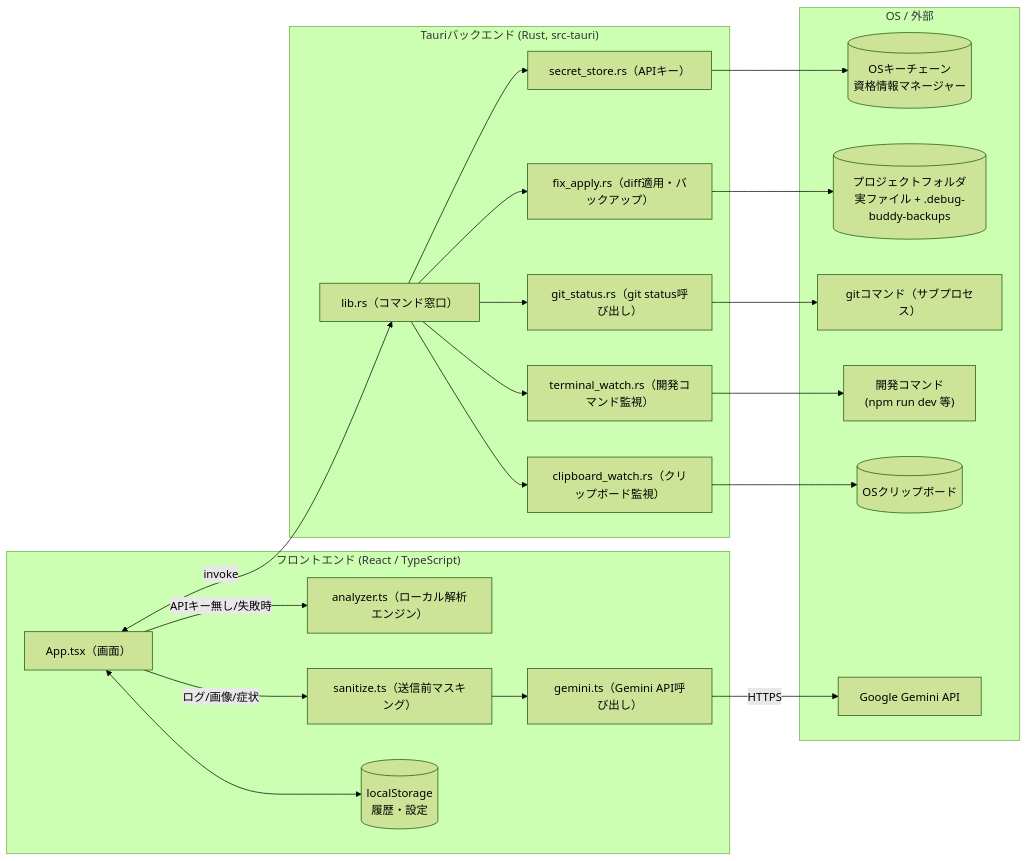
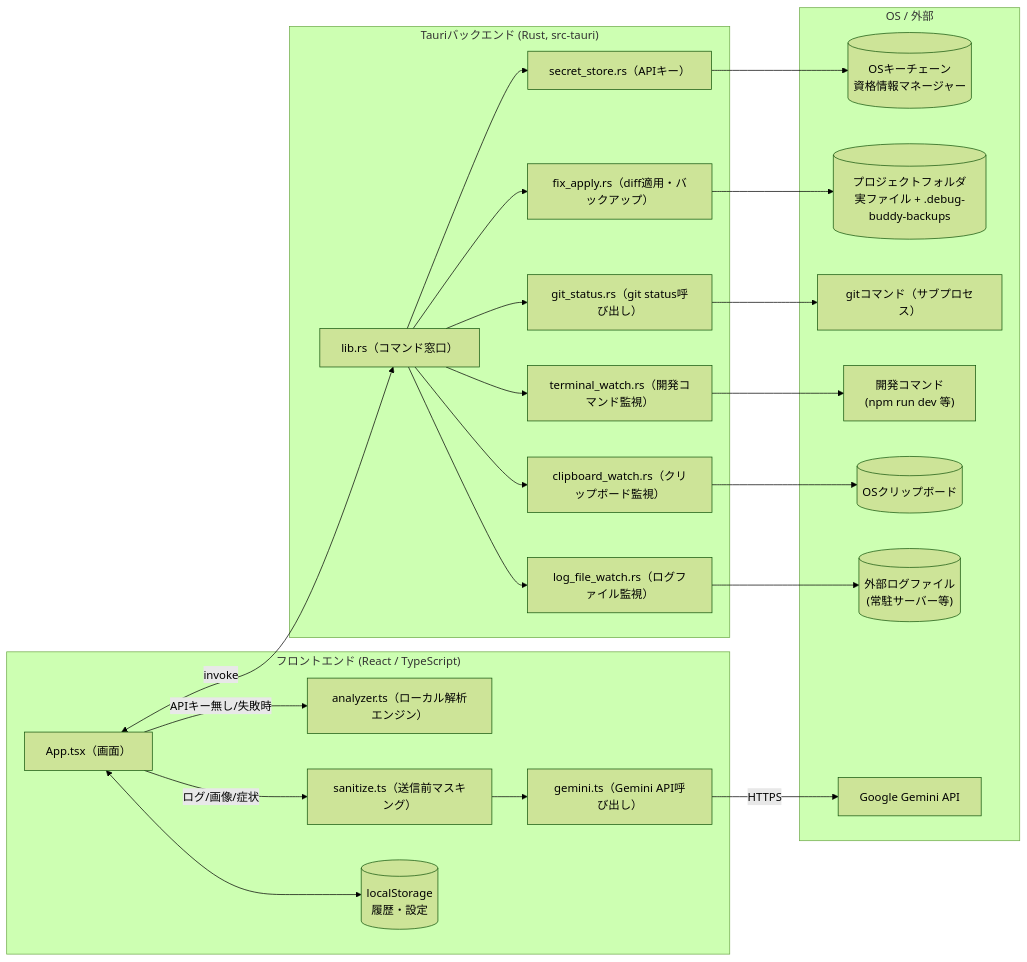
The first of 9 diagrams in 05_data_flow.md (Yamamoto-Sena/error_analyzer), drawn with Mermaid (forest theme) before and after one commit. The commit also changed other lines of this file and 1 other file, not shown here.

````diff
--- a/05_data_flow.md
+++ b/05_data_flow.md
@@ -11,38 +11,41 @@
 ```mermaid
 flowchart LR
     subgraph FE["フロントエンド (React / TypeScript)"]
         UI["App.tsx（画面）"]
         AN["analyzer.ts（ローカル解析エンジン）"]
         GM["gemini.ts（Gemini API呼び出し）"]
         SN["sanitize.ts（送信前マスキング）"]
         LS[("localStorage\n履歴・設定")]
     end
 
     subgraph BE["Tauriバックエンド (Rust, src-tauri)"]
         LIB["lib.rs（コマンド窓口）"]
         FA["fix_apply.rs（diff適用・バックアップ）"]
         GS["git_status.rs（git status呼び出し）"]
         TW["terminal_watch.rs（開発コマンド監視）"]
         CW["clipboard_watch.rs（クリップボード監視）"]
+        LW["log_file_watch.rs（ログファイル監視）"]
         SS["secret_store.rs（APIキー）"]
     end
 
     subgraph OS["OS / 外部"]
         KC[("OSキーチェーン\n資格情報マネージャー")]
         FS[("プロジェクトフォルダ\n実ファイル + .debug-buddy-backups")]
         GIT["gitコマンド（サブプロセス）"]
         DEV["開発コマンド\n(npm run dev 等)"]
         CB[("OSクリップボード")]
+        LF[("外部ログファイル\n(常駐サーバー等)")]
         API["Google Gemini API"]
     end
 
     UI -->|ログ/画像/症状| SN --> GM -->|HTTPS| API
     UI -->|APIキー無し/失敗時| AN
     UI <-->|invoke| LIB
     LIB --> FA --> FS
     LIB --> GS --> GIT
     LIB --> TW --> DEV
     LIB --> CW --> CB
+    LIB --> LW --> LF
     LIB --> SS --> KC
     UI <--> LS
 ```
````
